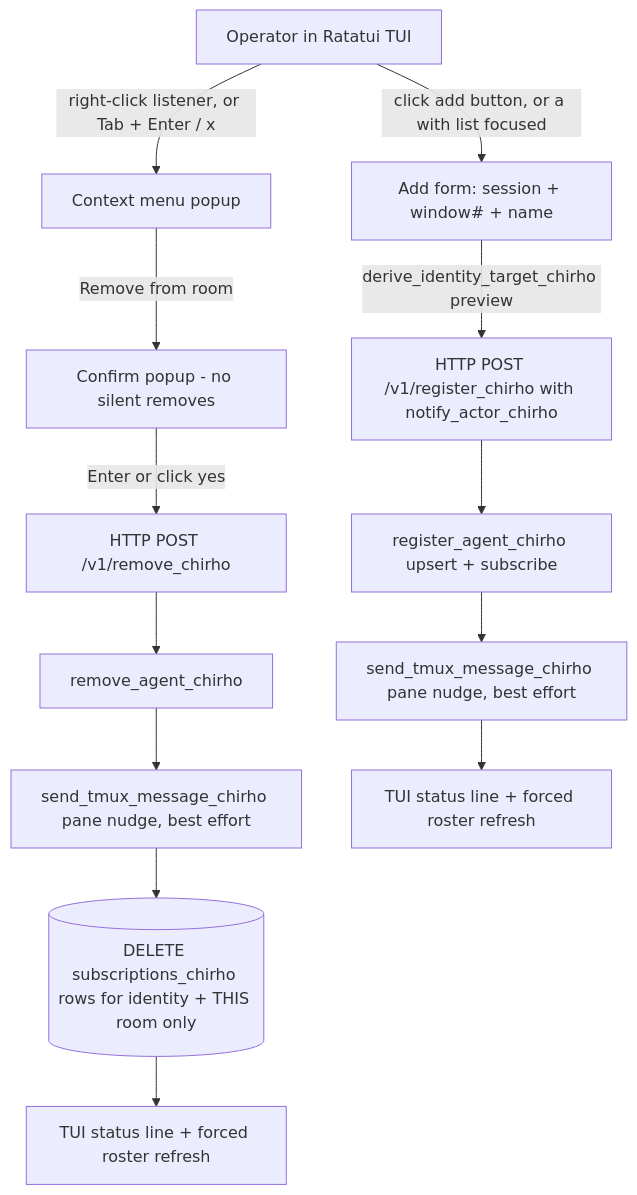
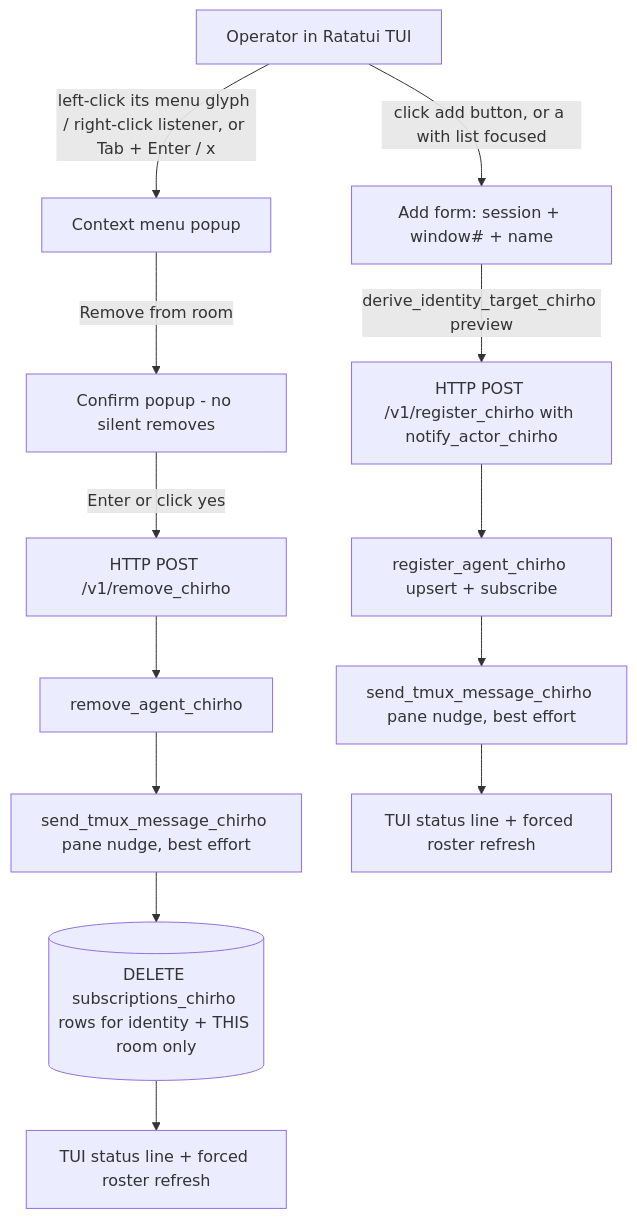
One commit to loveJesus/metropoleluya-chirho changed the diagram in spec-chirho/workflows-chirho/room-membership-admin-flow-chirho.md. Above: the diagram before and after it, drawn with Mermaid. The commit also changed 4 other files, not shown here.

First line of the commit message:
Add [☰] left-click menu glyph to listener rows

````diff
--- a/spec-chirho/workflows-chirho/room-membership-admin-flow-chirho.md
+++ b/spec-chirho/workflows-chirho/room-membership-admin-flow-chirho.md
@@ -5,16 +5,16 @@
 ```mermaid
 flowchart TD
-    operator_chirho[Operator in Ratatui TUI] -->|right-click listener, or Tab + Enter / x| menu_chirho[Context menu popup]
+    operator_chirho[Operator in Ratatui TUI] -->|left-click its menu glyph / right-click listener, or Tab + Enter / x| menu_chirho[Context menu popup]
     menu_chirho -->|Remove from room| confirm_chirho[Confirm popup - no silent removes]
     confirm_chirho -->|Enter or click yes| remove_http_chirho[HTTP POST /v1/remove_chirho]
     remove_http_chirho --> remove_fn_chirho[remove_agent_chirho]
     remove_fn_chirho --> notify_removed_chirho[send_tmux_message_chirho pane nudge, best effort]
     notify_removed_chirho --> delete_sub_chirho[(DELETE subscriptions_chirho rows for identity + THIS room only)]
     delete_sub_chirho --> remove_status_chirho[TUI status line + forced roster refresh]
 
     operator_chirho -->|click add button, or a with list focused| form_chirho[Add form: session + window# + name]
     form_chirho -->|derive_identity_target_chirho preview| register_http_chirho[HTTP POST /v1/register_chirho with notify_actor_chirho]
     register_http_chirho --> register_fn_chirho[register_agent_chirho upsert + subscribe]
     register_fn_chirho --> notify_added_chirho[send_tmux_message_chirho pane nudge, best effort]
     notify_added_chirho --> add_status_chirho[TUI status line + forced roster refresh]
 ```
````
